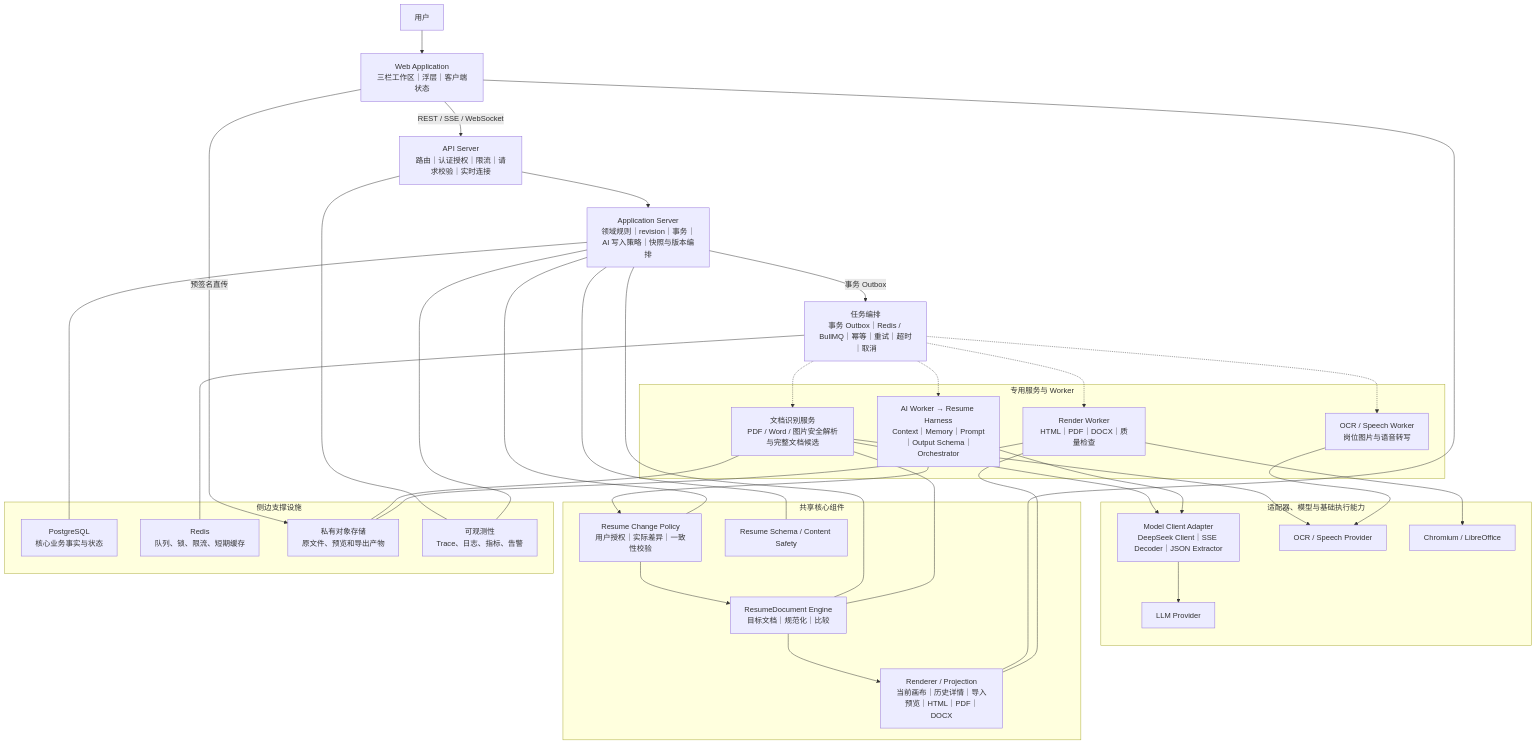
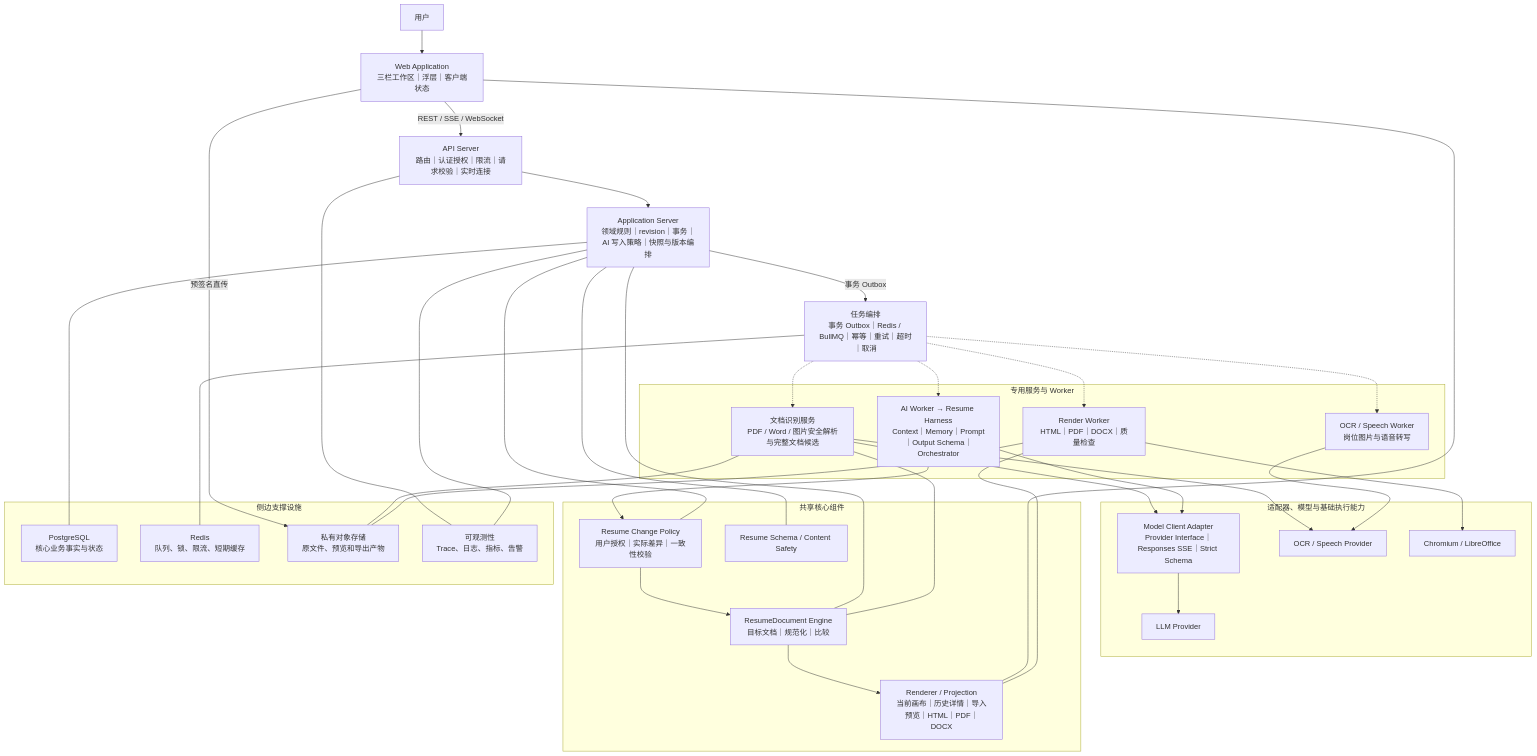
The diagram in TECH.md (SwinBlackSea/resume), drawn with Mermaid before and after one commit. The commit also changed other lines of this file and 97 other files, not shown here.

````diff
--- a/TECH.md
+++ b/TECH.md
@@ -129,64 +139,64 @@
 ```mermaid
 flowchart TB
     User["用户"]
     Web["Web Application<br/>三栏工作区｜浮层｜客户端状态"]
     API["API Server<br/>路由｜认证授权｜限流｜请求校验｜实时连接"]
     App["Application Server<br/>领域规则｜revision｜事务｜AI 写入策略｜快照与版本编排"]
     Orchestrator["任务编排<br/>事务 Outbox｜Redis / BullMQ｜幂等｜重试｜超时｜取消"]
 
     subgraph Execution["专用服务与 Worker"]
         Recognition["文档识别服务<br/>PDF / Word / 图片安全解析与完整文档候选"]
         OCRWorker["OCR / Speech Worker<br/>岗位图片与语音转写"]
         AIWorker["AI Worker → Resume Harness<br/>Context｜Memory｜Prompt｜Output Schema｜Orchestrator"]
         RenderWorker["Render Worker<br/>HTML｜PDF｜DOCX｜质量检查"]
     end
 
     subgraph Runtime["适配器、模型与基础执行能力"]
-        ModelClient["Model Client Adapter<br/>DeepSeek Client｜SSE Decoder｜JSON Extractor"]
+        ModelClient["Model Client Adapter<br/>Provider Interface｜Responses SSE｜Strict Schema"]
         LLM["LLM Provider"]
         OCRProvider["OCR / Speech Provider"]
         DocumentRuntime["Chromium / LibreOffice"]
     end
 
     subgraph SharedCore["共享核心组件"]
         ChangePolicy["Resume Change Policy<br/>用户授权｜实际差异｜一致性校验"]
         ResumeDocument["ResumeDocument Engine<br/>目标文档｜规范化｜比较"]
         Renderer["Renderer / Projection<br/>当前画布｜历史详情｜导入预览｜HTML｜PDF｜DOCX"]
         ResumeSchema["Resume Schema / Content Safety"]
     end
 
     subgraph Support["侧边支撑设施"]
         PostgreSQL["PostgreSQL<br/>核心业务事实与状态"]
         Redis["Redis<br/>队列、锁、限流、短期缓存"]
         ObjectStore["私有对象存储<br/>原文件、预览和导出产物"]
         Observability["可观测性<br/>Trace、日志、指标、告警"]
     end
 
     User --> Web -->|"REST / SSE / WebSocket"| API --> App
     App -->|"事务 Outbox"| Orchestrator
     Orchestrator -.-> Recognition
     Orchestrator -.-> OCRWorker
     Orchestrator -.-> AIWorker
     Orchestrator -.-> RenderWorker
 
     Recognition --> ModelClient
     Recognition --> OCRProvider
     OCRWorker --> OCRProvider
     AIWorker --> ModelClient --> LLM
     AIWorker --> ChangePolicy --> ResumeDocument --> Renderer
     RenderWorker --> DocumentRuntime
 
     App --- PostgreSQL
     Orchestrator --- Redis
     Web -->|"预签名直传"| ObjectStore
     Recognition --- ObjectStore
     RenderWorker --- ObjectStore
     API --- Observability
     App --- Observability
     Web --- Renderer
     App --- ResumeDocument
     App --- ChangePolicy
     App --- ResumeSchema
     Recognition --- ResumeDocument
     RenderWorker --- Renderer
 ```
````
